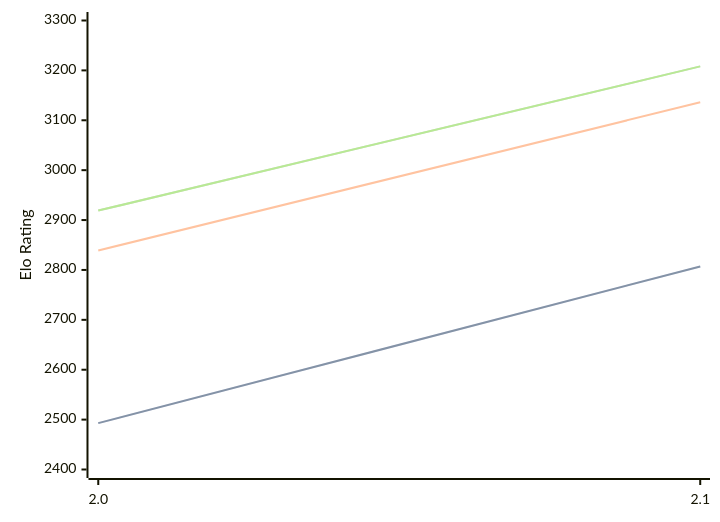
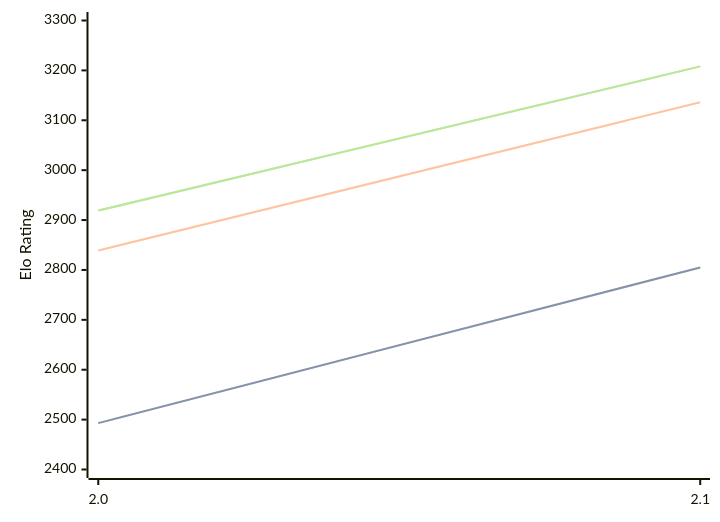
The diagram in engines/Tunguska.md (computer-chess-index/cci), drawn with Mermaid before and after one commit. The commit also changed other lines of this file, not shown here.

````diff
--- a/engines/Tunguska.md
+++ b/engines/Tunguska.md
@@ -32,11 +32,11 @@
 ```mermaid
 %%{init: {"theme":"base","themeVariables":{"seriesColors:['#a3a3a3','#222221','#faa371']}}}%%
 xychart-beta
   x-axis ["2.0", "2.1"]
   y-axis "Elo Rating" 2400 --> 3300
-  line "STC (8.0+0.08s)" [2493, 2807]
-  line "STC (8.0+0.08s)" [2493, 2807]
+  line "STC (8.0+0.08s)" [2493, 2805]
+  line "STC (8.0+0.08s)" [2493, 2805]
   line "LTC (60.0+0.60s)" [2839, 3136]
   line "VLTC (2m24s+1.12s)" [2919, 3208]
   line "VLTC (2m24s+1.12s)" [2919, 3208]
 ```
````
